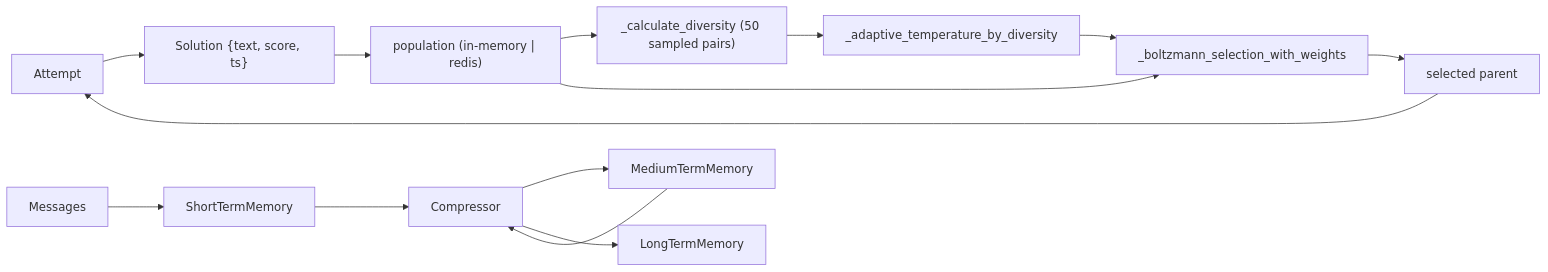
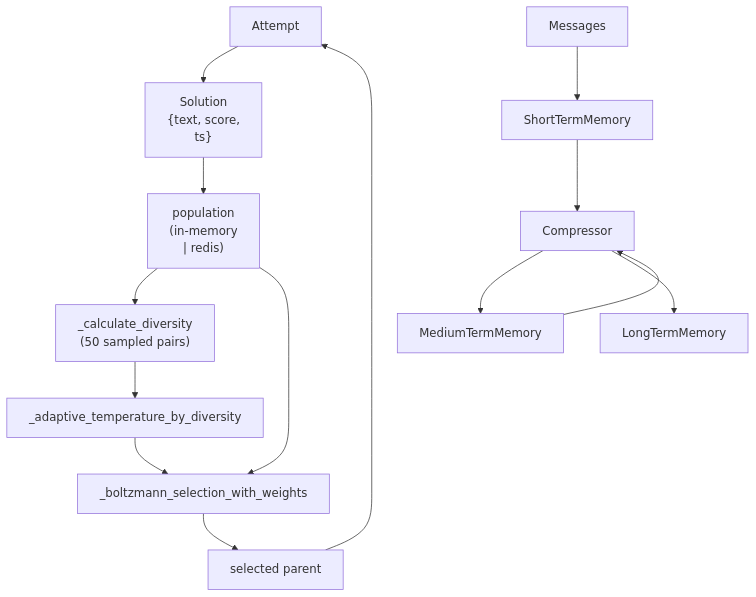
Before and after one commit to neoneye/agent-memory-atlas: the diagram in content/systems/loongflow.md, drawn with Mermaid. The commit also changed 99 other files, not shown here.

First line of the commit message:
Reshape the remaining 49 diagrams so their labels are legible

````diff
--- a/content/systems/loongflow.md
+++ b/content/systems/loongflow.md
@@ -94,16 +94,16 @@
 ```mermaid
-flowchart LR
-  Att["Attempt"] --> Sol["Solution {text, score, ts}"]
-  Sol --> Pop["population (in-memory | redis)"]
-  Pop --> Div["_calculate_diversity (50 sampled pairs)"]
+flowchart TD
+  Att["Attempt"] --> Sol["Solution<br/>{text, score,<br/>ts}"]
+  Sol --> Pop["population<br/>(in-memory<br/>| redis)"]
+  Pop --> Div["_calculate_diversity<br/>(50 sampled pairs)"]
   Div --> Temp["_adaptive_temperature_by_diversity"]
   Temp --> Sel["_boltzmann_selection_with_weights"]
   Pop --> Sel
   Sel --> Parent["selected parent"]
   Parent --> Att
   Msg["Messages"] --> STM["ShortTermMemory"]
   STM --> Comp["Compressor"]
   Comp --> MTM["MediumTermMemory"]
   MTM --> Comp
   Comp --> LTM["LongTermMemory"]
 ```
````
